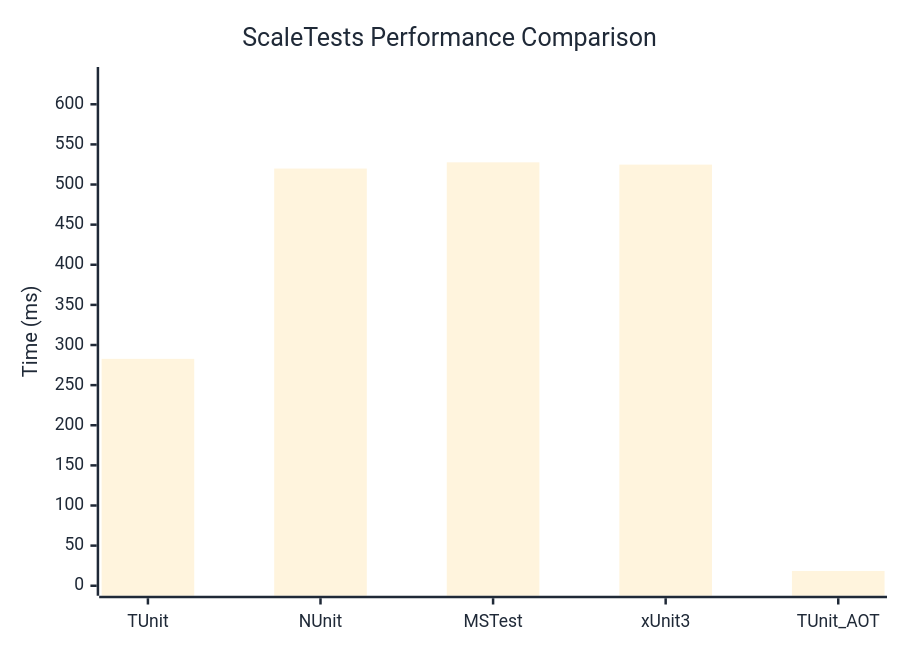
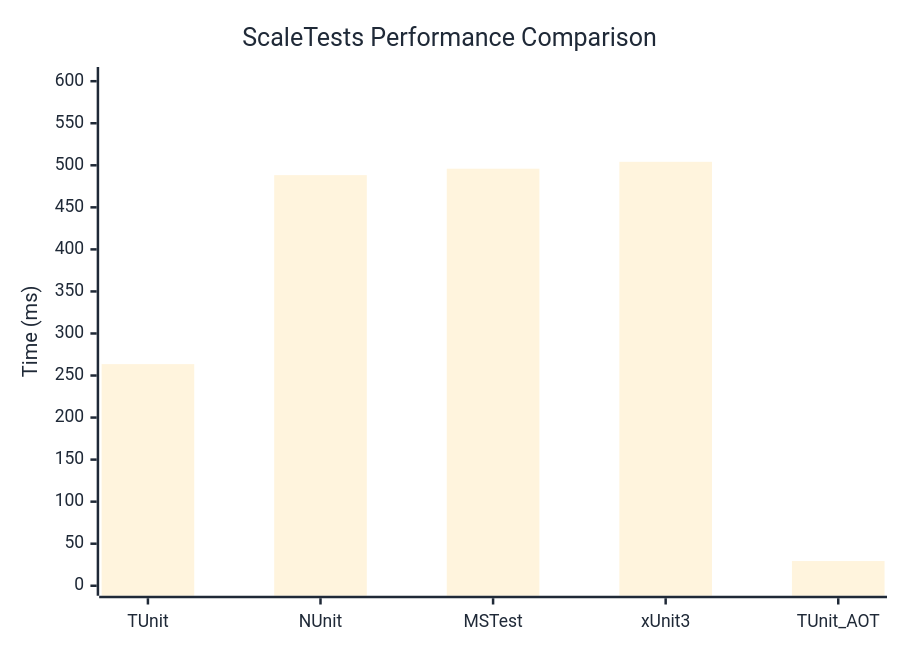
Before and after one commit to thomhurst/TUnit: the diagram in docs/docs/benchmarks/engine/ScaleTests.md, drawn with Mermaid. The commit also changed other lines of this file and 17 other files, not shown here.

````diff
--- a/docs/docs/benchmarks/engine/ScaleTests.md
+++ b/docs/docs/benchmarks/engine/ScaleTests.md
@@ -29,37 +29,37 @@
 ```mermaid
 %%{init: {
   'theme':'base',
   'themeVariables': {
     'primaryColor': '#2563eb',
     'primaryTextColor': '#1f2937',
     'primaryBorderColor': '#1e40af',
     'lineColor': '#6b7280',
     'secondaryColor': '#7c3aed',
     'tertiaryColor': '#dc2626',
     'background': '#ffffff',
     'mainBkg': '#2563eb',
     'secondBkg': '#7c3aed',
     'tertiaryBkg': '#dc2626',
     'clusterBkg': '#f3f4f6',
     'edgeLabelBackground': '#ffffff',
     'tertiaryTextColor': '#1f2937',
     'pie1': '#2563eb',
     'pie2': '#7c3aed',
     'pie3': '#dc2626',
     'pie4': '#f59e0b',
     'pie5': '#10b981',
     'pie6': '#06b6d4',
     'pie7': '#ec4899',
     'pie8': '#6366f1',
     'pie9': '#84cc16',
     'pie10': '#f97316',
     'pie11': '#14b8a6',
     'pie12': '#a855f7'
   }
 }}%%
 xychart-beta
   title "ScaleTests Performance Comparison"
   x-axis ["TUnit", "NUnit", "MSTest", "xUnit3", "TUnit_AOT"]
-  y-axis "Time (ms)" 0 --> 634
-  bar [282.76, 519.9, 527.67, 524.81, 18.43]
+  y-axis "Time (ms)" 0 --> 605
+  bar [263.55, 488.3, 495.94, 504.14, 29.38]
 ```
````
